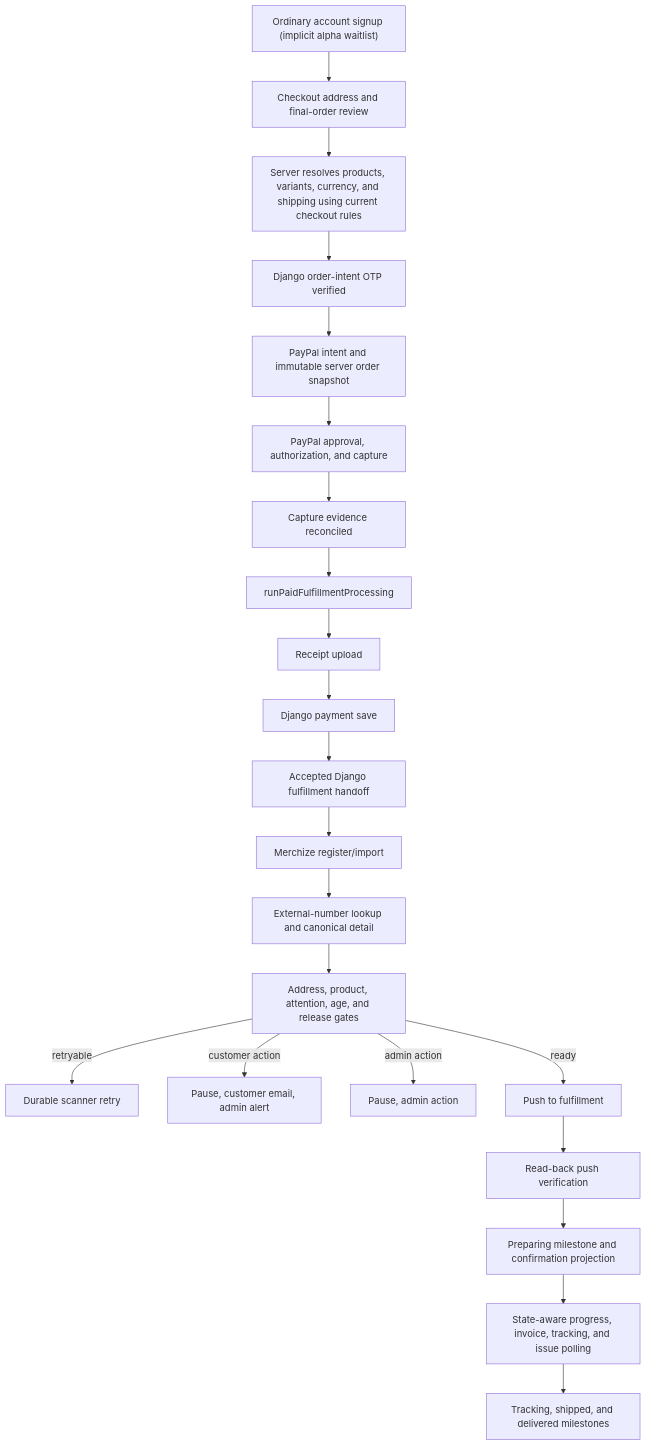
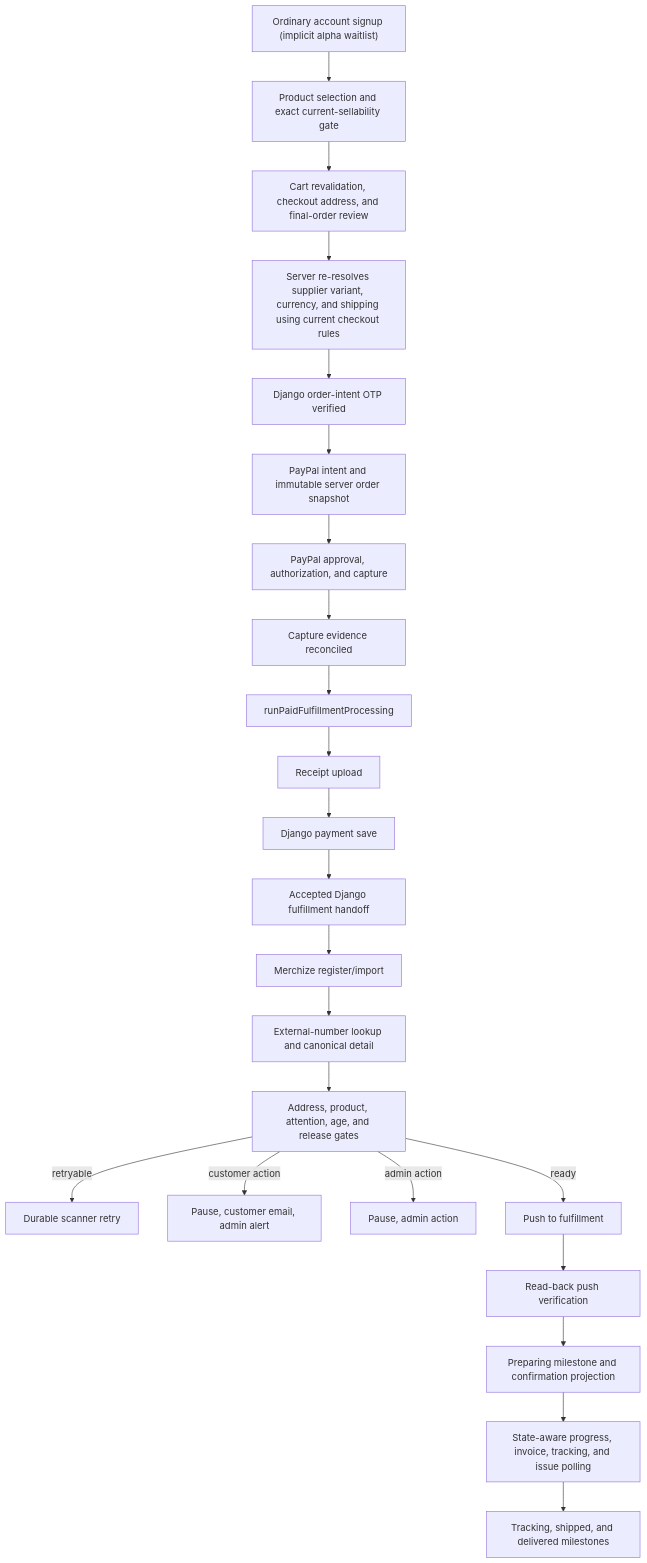
The diagram in Future Implementation Guides/SHOP_ALPHA_ORDER_FLOW_RELEASE_GUIDE.md (Codex-Christi/Codex-Christi), drawn with Mermaid before and after one commit. The commit also changed other lines of this file and 55 other files, not shown here.

Commit message:
feat(shop): enforce current variant sellability

````diff
--- a/Future Implementation Guides/SHOP_ALPHA_ORDER_FLOW_RELEASE_GUIDE.md
+++ b/Future Implementation Guides/SHOP_ALPHA_ORDER_FLOW_RELEASE_GUIDE.md
@@ -259,24 +327,25 @@
 ```mermaid
 flowchart TD
-  A["Ordinary account signup (implicit alpha waitlist)"] --> B["Checkout address and final-order review"]
-  B --> C["Server resolves products, variants, currency, and shipping using current checkout rules"]
-  C --> D["Django order-intent OTP verified"]
-  D --> E["PayPal intent and immutable server order snapshot"]
-  E --> F["PayPal approval, authorization, and capture"]
-  F --> G["Capture evidence reconciled"]
-  G --> H["runPaidFulfillmentProcessing"]
-  H --> I["Receipt upload"]
-  I --> J["Django payment save"]
-  J --> K["Accepted Django fulfillment handoff"]
-  K --> L["Merchize register/import"]
-  L --> M["External-number lookup and canonical detail"]
-  M --> N["Address, product, attention, age, and release gates"]
-  N -->|"retryable"| O["Durable scanner retry"]
-  N -->|"customer action"| P["Pause, customer email, admin alert"]
-  N -->|"admin action"| Q["Pause, admin action"]
-  N -->|"ready"| R["Push to fulfillment"]
-  R --> S["Read-back push verification"]
-  S --> T["Preparing milestone and confirmation projection"]
-  T --> U["State-aware progress, invoice, tracking, and issue polling"]
-  U --> V["Tracking, shipped, and delivered milestones"]
+  A["Ordinary account signup (implicit alpha waitlist)"] --> B["Product selection and exact current-sellability gate"]
+  B --> C["Cart revalidation, checkout address, and final-order review"]
+  C --> D["Server re-resolves supplier variant, currency, and shipping using current checkout rules"]
+  D --> E["Django order-intent OTP verified"]
+  E --> F["PayPal intent and immutable server order snapshot"]
+  F --> G["PayPal approval, authorization, and capture"]
+  G --> H["Capture evidence reconciled"]
+  H --> I["runPaidFulfillmentProcessing"]
+  I --> J["Receipt upload"]
+  J --> K["Django payment save"]
+  K --> L["Accepted Django fulfillment handoff"]
+  L --> M["Merchize register/import"]
+  M --> N["External-number lookup and canonical detail"]
+  N --> O["Address, product, attention, age, and release gates"]
+  O -->|"retryable"| P["Durable scanner retry"]
+  O -->|"customer action"| Q["Pause, customer email, admin alert"]
+  O -->|"admin action"| R["Pause, admin action"]
+  O -->|"ready"| S["Push to fulfillment"]
+  S --> T["Read-back push verification"]
+  T --> U["Preparing milestone and confirmation projection"]
+  U --> V["State-aware progress, invoice, tracking, and issue polling"]
+  V --> W["Tracking, shipped, and delivered milestones"]
 ```
````
